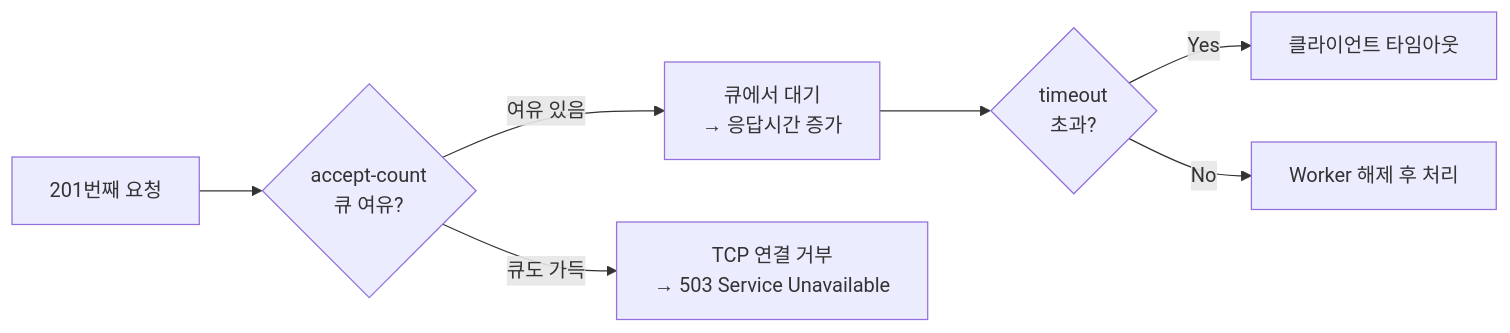
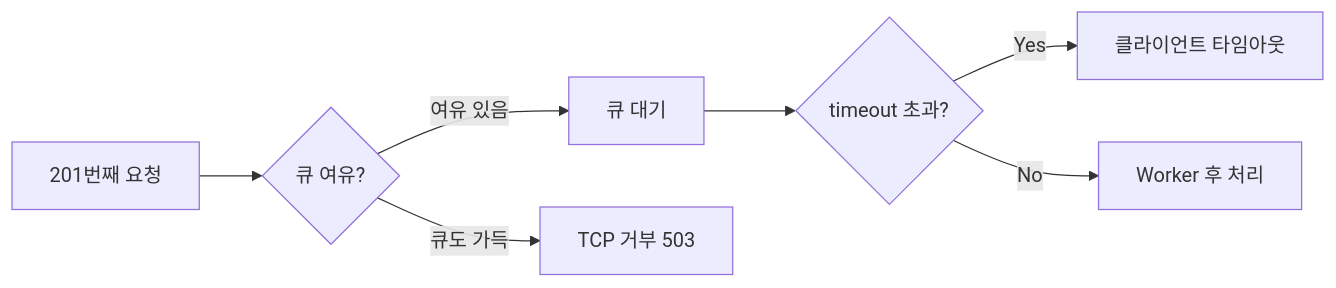
The third of 12 diagrams in _posts/server/2026-05-01-tomcat-vs-netty.md (yjkim2015/yjkim2015.github.io), drawn with Mermaid before and after one commit. The commit also changed other lines of this file and 245 other files, not shown here.

First line of the commit message:
Mermaid 다이어그램 전면 수정 + 면접 포인트 접기/펼치기 + DB 데드락 페이지

````diff
--- a/_posts/server/2026-05-01-tomcat-vs-netty.md
+++ b/_posts/server/2026-05-01-tomcat-vs-netty.md
@@ -87,9 +87,9 @@
 ```mermaid
 graph LR
-    R201["201번째 요청"] --> Q{"accept-count\n큐 여유?"}
-    Q -->|"여유 있음"| WAIT["큐에서 대기\n→ 응답시간 증가"]
-    Q -->|"큐도 가득"| REJ["TCP 연결 거부\n→ 503 Service Unavailable"]
-    WAIT --> TO{"timeout\n초과?"}
+    R201["201번째 요청"] --> Q{"큐 여유?"}
+    Q -->|"여유 있음"| WAIT["큐 대기"]
+    Q -->|"큐도 가득"| REJ["TCP 거부 503"]
+    WAIT --> TO{"timeout 초과?"}
     TO -->|"Yes"| TTO["클라이언트 타임아웃"]
-    TO -->|"No"| PROC["Worker 해제 후 처리"]
+    TO -->|"No"| PROC["Worker 후 처리"]
 ```
````
